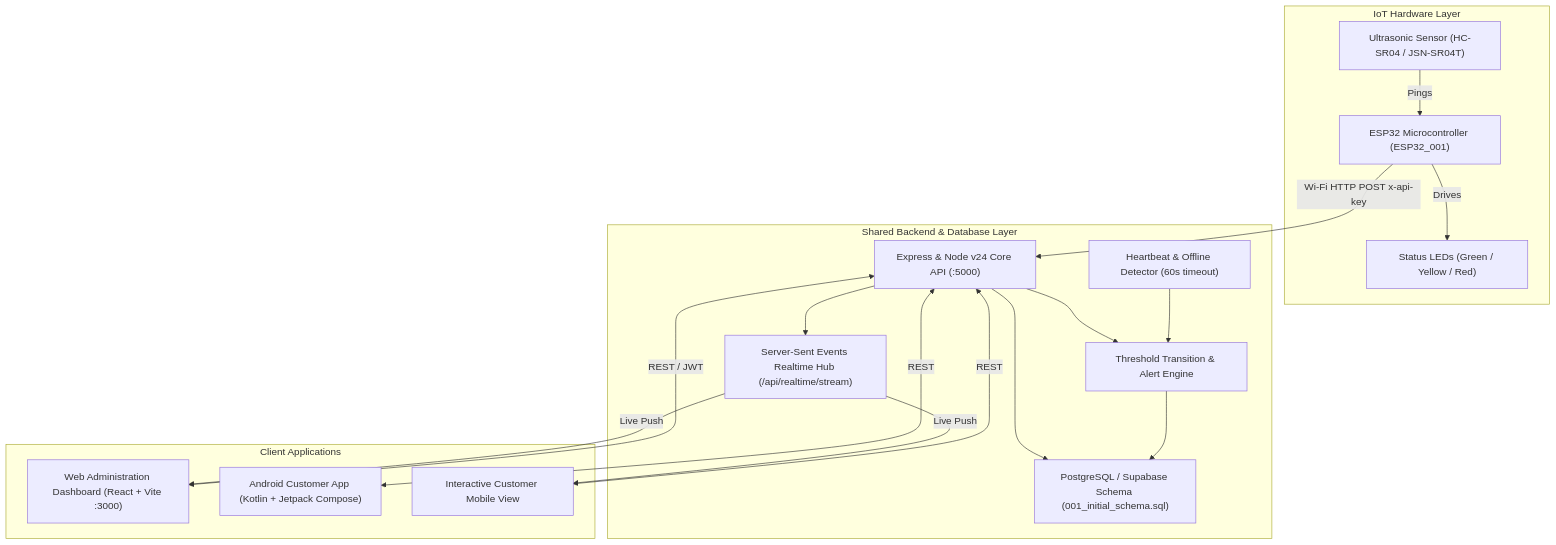
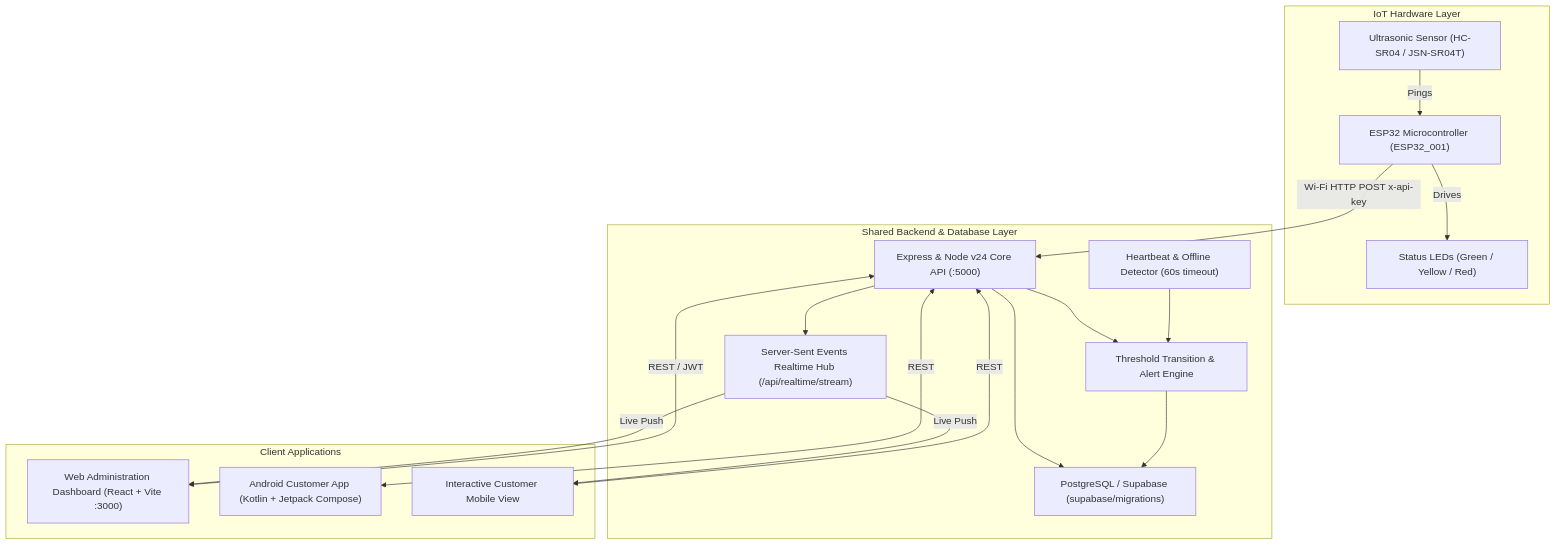
One commit to leomabuku/majismart-zambia changed the diagram in ARCHITECTURE.md. Above: the diagram before and after it, drawn with Mermaid. The commit also changed other lines of this file and 16 other files, not shown here.

````diff
--- a/ARCHITECTURE.md
+++ b/ARCHITECTURE.md
@@ -34,38 +34,38 @@
 ```mermaid
 flowchart TD
     subgraph IoT_Hardware ["IoT Hardware Layer"]
         ESP32["ESP32 Microcontroller (ESP32_001)"]
         Sensor["Ultrasonic Sensor (HC-SR04 / JSN-SR04T)"]
         LEDs["Status LEDs (Green / Yellow / Red)"]
         Sensor -->|Pings| ESP32
         ESP32 -->|Drives| LEDs
     end
 
     subgraph Backend_Cloud ["Shared Backend & Database Layer"]
         API["Express & Node v24 Core API (:5000)"]
-        DB["PostgreSQL / Supabase Schema (001_initial_schema.sql)"]
+        DB["PostgreSQL / Supabase (supabase/migrations)"]
         SSE["Server-Sent Events Realtime Hub (/api/realtime/stream)"]
         Alerts["Threshold Transition & Alert Engine"]
         Monitor["Heartbeat & Offline Detector (60s timeout)"]
 
         API --> DB
         API --> Alerts
         Alerts --> DB
         API --> SSE
         Monitor --> Alerts
     end
 
     subgraph Clients ["Client Applications"]
         WebAdmin["Web Administration Dashboard (React + Vite :3000)"]
         AndroidApp["Android Customer App (Kotlin + Jetpack Compose)"]
         MobileWeb["Interactive Customer Mobile View"]
 
         SSE -->|Live Push| WebAdmin
         SSE -->|Live Push| MobileWeb
         API <-->|REST / JWT| WebAdmin
         API <-->|REST| AndroidApp
         API <-->|REST| MobileWeb
     end
 
     ESP32 -->|Wi-Fi HTTP POST x-api-key| API
 ```
````
